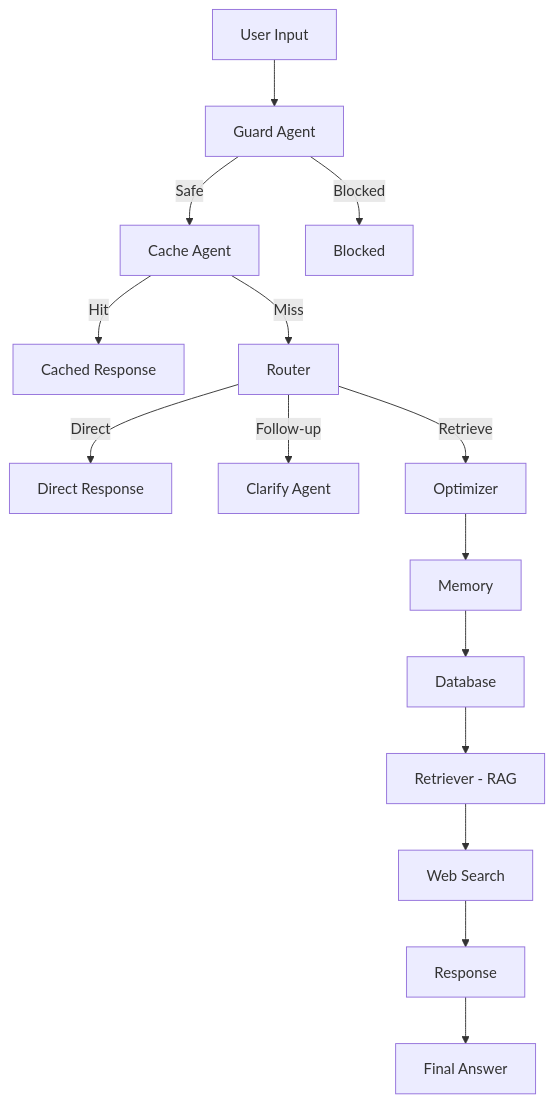
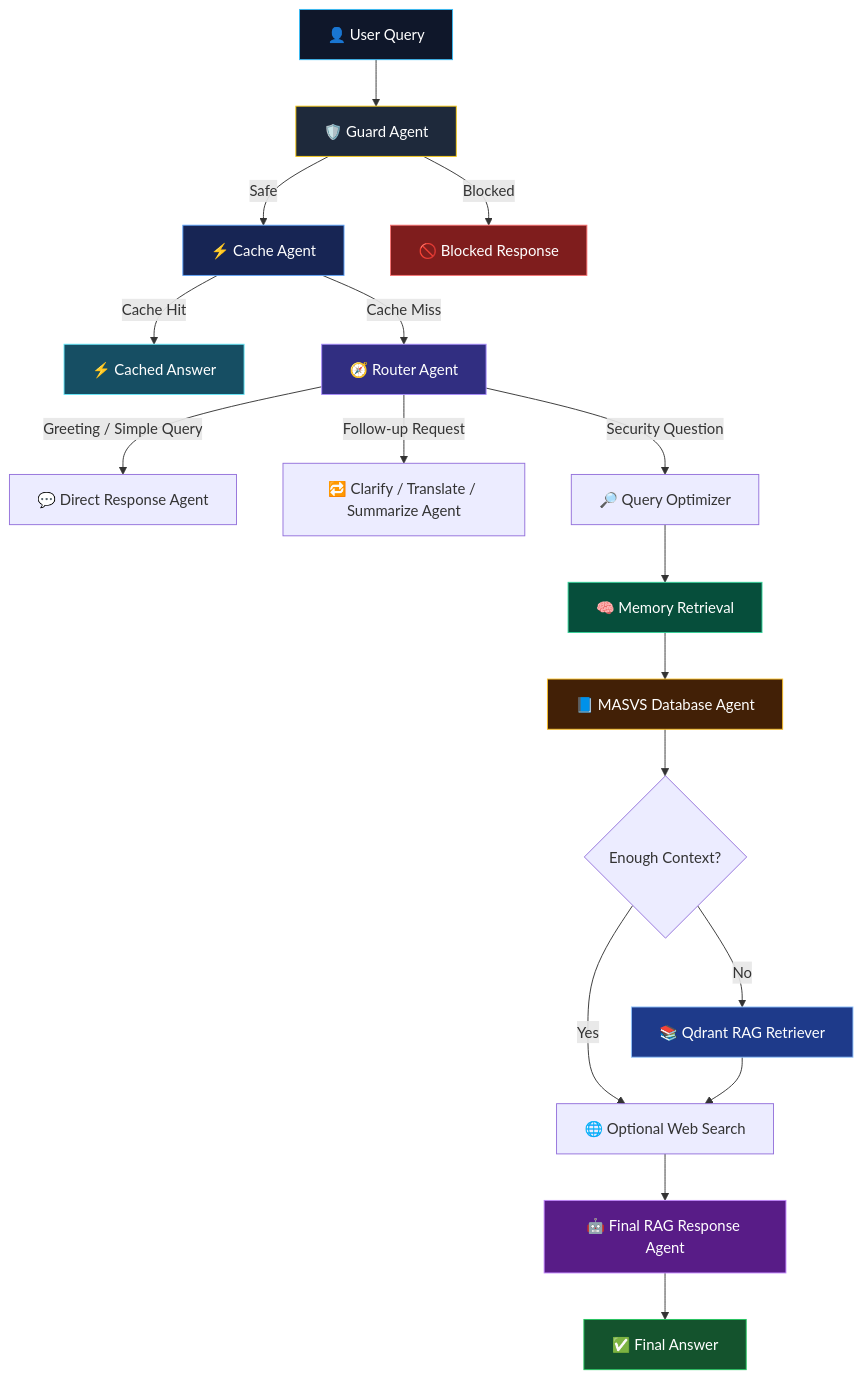
Before and after one commit to A7med668/LangGraph-Multi-Agent-Mobile-Security-Assistant: the first of 6 diagrams in README.md, drawn with Mermaid. The commit also changed other lines of this file and 8 other files, not shown here.

````diff
--- a/README.md
+++ b/README.md
@@ -36,22 +45,37 @@
 ```mermaid
-graph TD
-    A[User Input] --> B[Guard Agent]
+flowchart TD
+    A["👤 User Query"] --> B["🛡️ Guard Agent"]
 
-    B -->|Safe| C[Cache Agent]
-    B -->|Blocked| Z[Blocked]
+    B -->|"Safe"| C["⚡ Cache Agent"]
+    B -->|"Blocked"| X["🚫 Blocked Response"]
 
-    C -->|Hit| Y[Cached Response]
-    C -->|Miss| D[Router]
+    C -->|"Cache Hit"| Y["⚡ Cached Answer"]
+    C -->|"Cache Miss"| D["🧭 Router Agent"]
 
-    D -->|Direct| E[Direct Response]
-    D -->|Follow-up| F[Clarify Agent]
-    D -->|Retrieve| G[Optimizer]
+    D -->|"Greeting / Simple Query"| E["💬 Direct Response Agent"]
+    D -->|"Follow-up Request"| F["🔁 Clarify / Translate / Summarize Agent"]
+    D -->|"Security Question"| G["🔎 Query Optimizer"]
 
-    G --> H[Memory]
-    H --> I[Database]
-    I --> J["Retriever - RAG"]
-    J --> K[Web Search]
+    G --> H["🧠 Memory Retrieval"]
+    H --> I["📘 MASVS Database Agent"]
+    I --> J{"Enough Context?"}
 
-    K --> L[Response]
-    L --> M[Final Answer]
+    J -->|"Yes"| K["🌐 Optional Web Search"]
+    J -->|"No"| L["📚 Qdrant RAG Retriever"]
+
+    L --> K
+    K --> M["🤖 Final RAG Response Agent"]
+    M --> N["✅ Final Answer"]
+
+    style A fill:#0f172a,stroke:#38bdf8,color:#ffffff
+    style B fill:#1e293b,stroke:#facc15,color:#ffffff
+    style C fill:#172554,stroke:#60a5fa,color:#ffffff
+    style D fill:#312e81,stroke:#a78bfa,color:#ffffff
+    style H fill:#064e3b,stroke:#34d399,color:#ffffff
+    style I fill:#422006,stroke:#fbbf24,color:#ffffff
+    style L fill:#1e3a8a,stroke:#93c5fd,color:#ffffff
+    style M fill:#581c87,stroke:#c084fc,color:#ffffff
+    style N fill:#14532d,stroke:#22c55e,color:#ffffff
+    style X fill:#7f1d1d,stroke:#f87171,color:#ffffff
+    style Y fill:#164e63,stroke:#67e8f9,color:#ffffff
 ```
````
